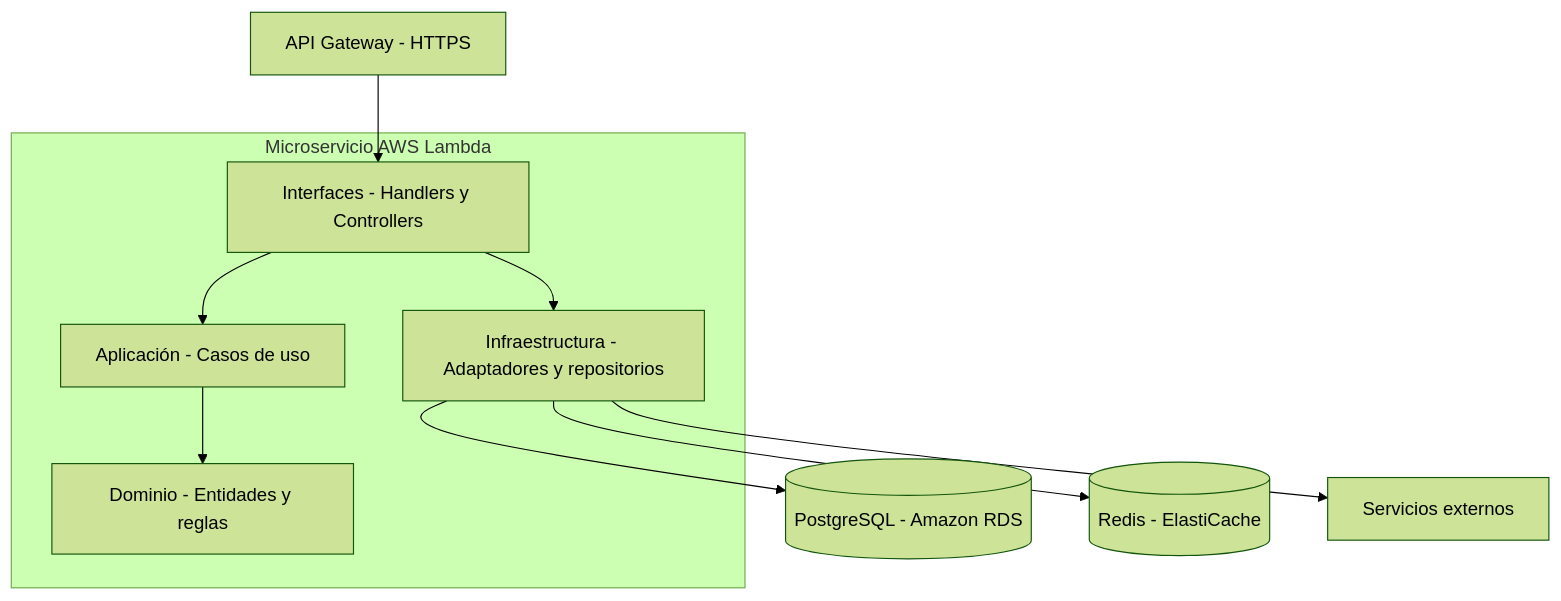
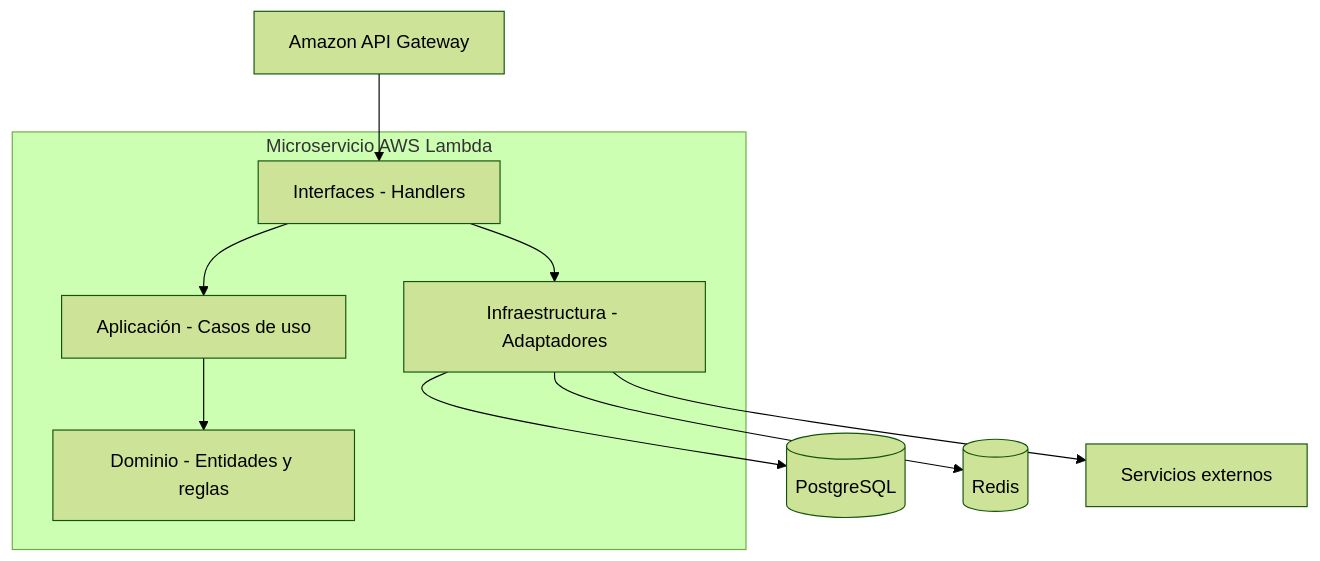
The fifth of 5 diagrams in Arquitectura/07-arquitectura-inicial.md (DiegoCoras06/ENTREGABLE-01-PROPUESTA-INICIAL-DEL-PROYECTO), drawn with Mermaid (forest theme) before and after one commit. The commit also changed other lines of this file, not shown here.

````diff
--- a/Arquitectura/07-arquitectura-inicial.md
+++ b/Arquitectura/07-arquitectura-inicial.md
@@ -96,23 +765,23 @@
 ```mermaid
 flowchart TB
-    API["API Gateway - HTTPS"]
+    API["Amazon API Gateway"]
 
     subgraph LAMBDA["Microservicio AWS Lambda"]
-        I["Interfaces - Handlers y Controllers"]
+        I["Interfaces - Handlers"]
         A["Aplicación - Casos de uso"]
         D["Dominio - Entidades y reglas"]
-        INF["Infraestructura - Adaptadores y repositorios"]
+        INF["Infraestructura - Adaptadores"]
     end
 
-    DB[("PostgreSQL - Amazon RDS")]
-    CACHE[("Redis - ElastiCache")]
+    DB[("PostgreSQL")]
+    CACHE[("Redis")]
     EXT["Servicios externos"]
 
     API --> I
     I --> A
     A --> D
     I --> INF
     INF --> DB
     INF --> CACHE
     INF --> EXT
 ```
````
